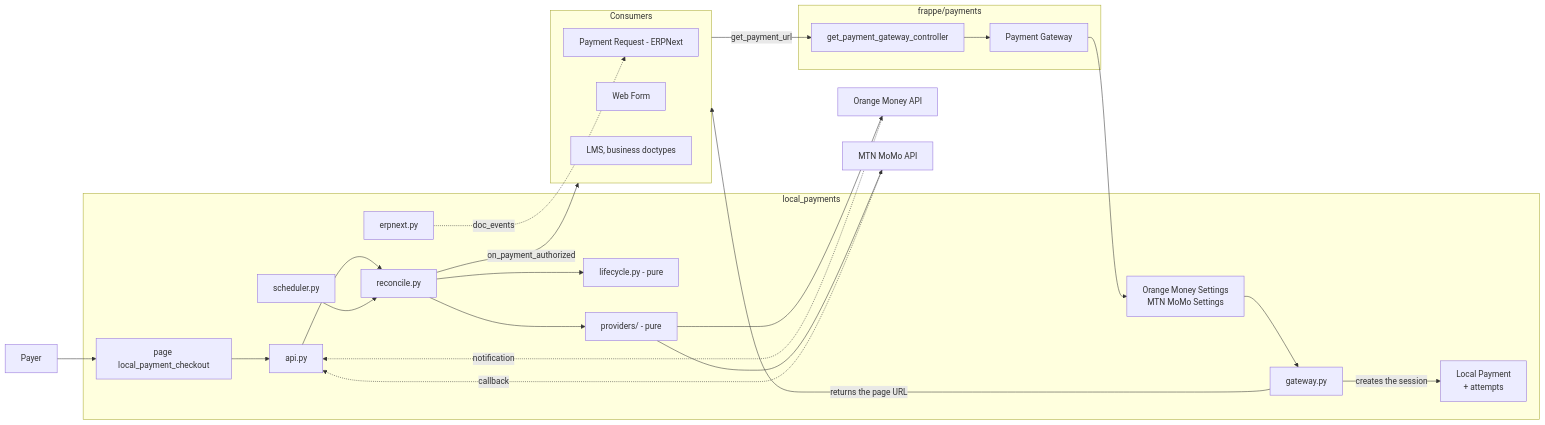
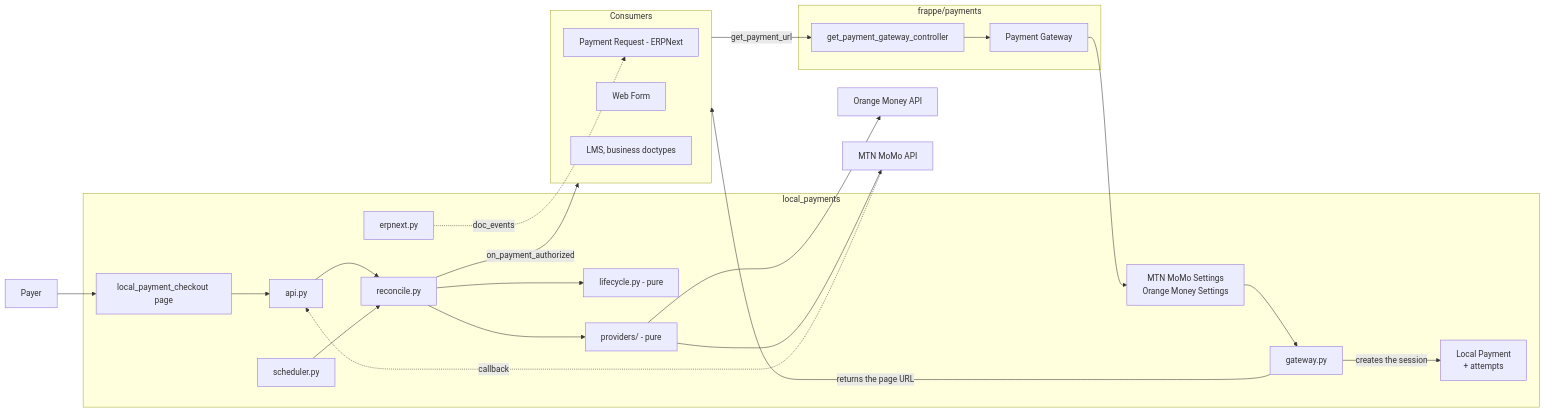
One commit to skyengpro/local_payments changed the first of 4 diagrams in docs/ARCHITECTURE.md. Above: the diagram before and after it, drawn with Mermaid. The commit also changed other lines of this file and 1 other file, not shown here.

First line of the commit message:
Refactor Orange Money Gateway documentation to clarify integration status and collection modes

````diff
--- a/docs/ARCHITECTURE.md
+++ b/docs/ARCHITECTURE.md
@@ -39,45 +52,44 @@
 ```mermaid
 flowchart LR
     subgraph CONS["Consumers"]
         PR["Payment Request - ERPNext"]
         WF["Web Form"]
         APP["LMS, business doctypes"]
     end
 
     subgraph FP["frappe/payments"]
         PG["Payment Gateway"]
         CTRL["get_payment_gateway_controller"]
     end
 
     subgraph LP["local_payments"]
-        SET["Orange Money Settings<br/>MTN MoMo Settings"]
+        SET["MTN MoMo Settings<br/>Orange Money Settings"]
         GW["gateway.py"]
         LPAY["Local Payment<br/>+ attempts"]
-        PAGE["page local_payment_checkout"]
+        PAGE["local_payment_checkout page"]
         API["api.py"]
         REC["reconcile.py"]
         LC["lifecycle.py - pure"]
         PROV["providers/ - pure"]
         SCH["scheduler.py"]
         BR["erpnext.py"]
     end
 
     OM["Orange Money API"]
     MTN["MTN MoMo API"]
     PAYER["Payer"]
 
     CONS -- "get_payment_url" --> CTRL --> PG --> SET --> GW
     GW -- "creates the session" --> LPAY
     GW -- "returns the page URL" --> CONS
     PAYER --> PAGE --> API
-    OM -. "notification" .-> API
     MTN -. "callback" .-> API
     API --> REC
     SCH --> REC
     REC --> LC
     REC --> PROV
     PROV --> OM
     PROV --> MTN
     REC -- "on_payment_authorized" --> CONS
     BR -. "doc_events" .-> PR
 ```
````
